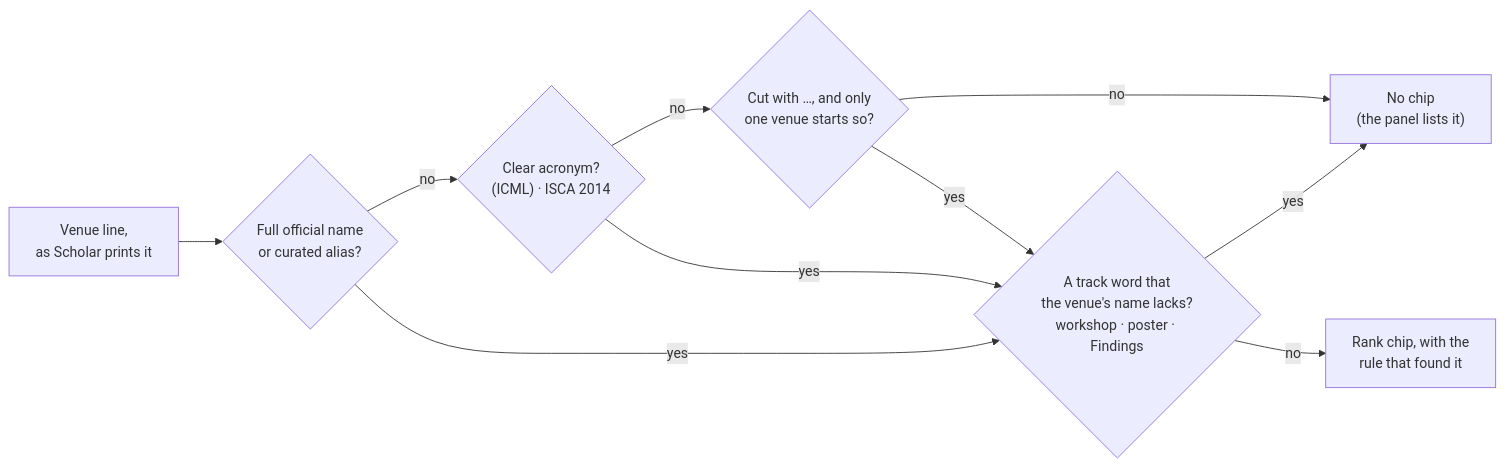
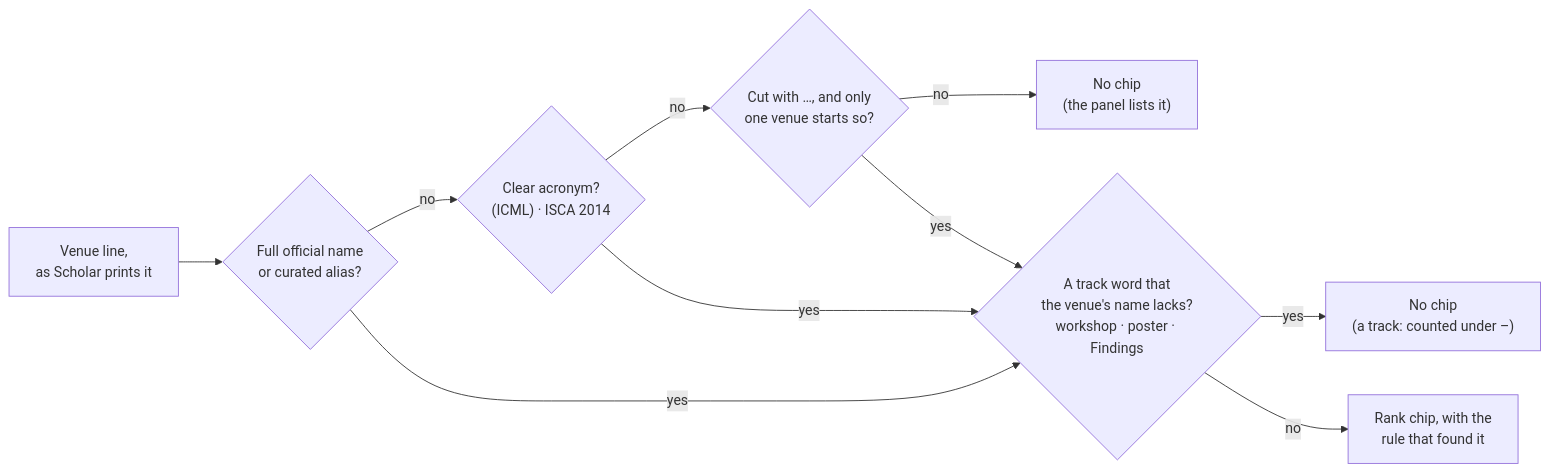
The second of 3 diagrams in README.md (boyugou/better-scholar), drawn with Mermaid before and after one commit. The commit also changed other lines of this file and 43 other files, not shown here.

````diff
--- a/README.md
+++ b/README.md
@@ -118,12 +118,12 @@
 ```mermaid
 flowchart LR
   A["Venue line,<br/>as Scholar prints it"] --> B{"Full official name<br/>or curated alias?"}
   B -- no --> C{"Clear acronym?<br/>(ICML) · ISCA 2014"}
   C -- no --> D{"Cut with …, and only<br/>one venue starts so?"}
   D -- no --> X["No chip<br/>(the panel lists it)"]
   B -- yes --> T{"A track word that<br/>the venue's name lacks?<br/>workshop · poster · Findings"}
   C -- yes --> T
   D -- yes --> T
-  T -- yes --> X
+  T -- yes --> Y["No chip<br/>(a track: counted under –)"]
   T -- no --> R["Rank chip, with the<br/>rule that found it"]
 ```
````
